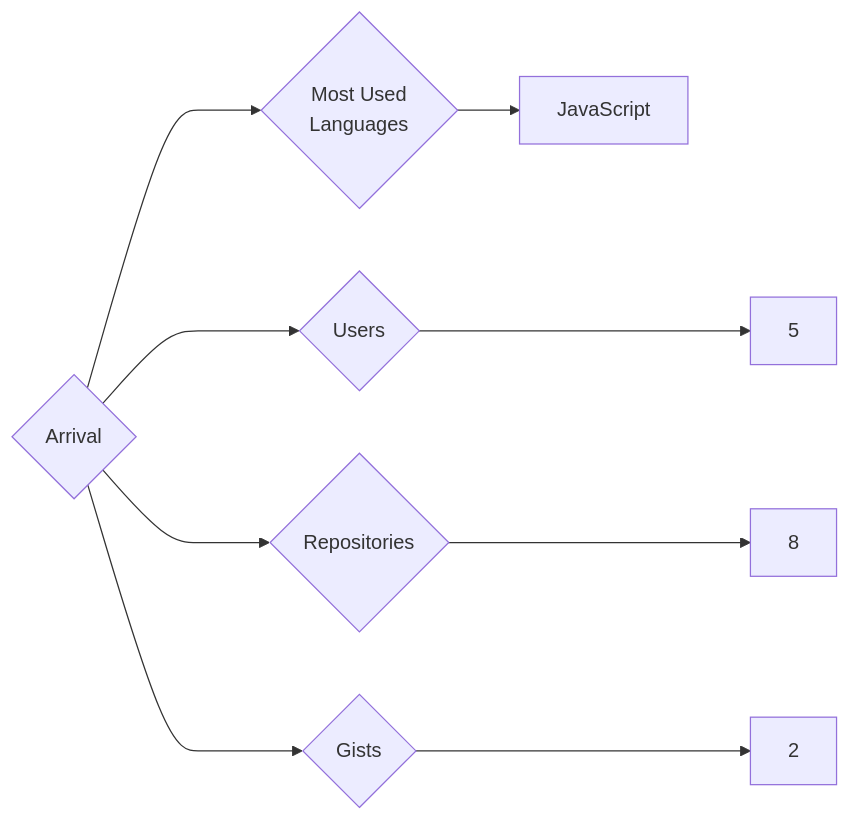
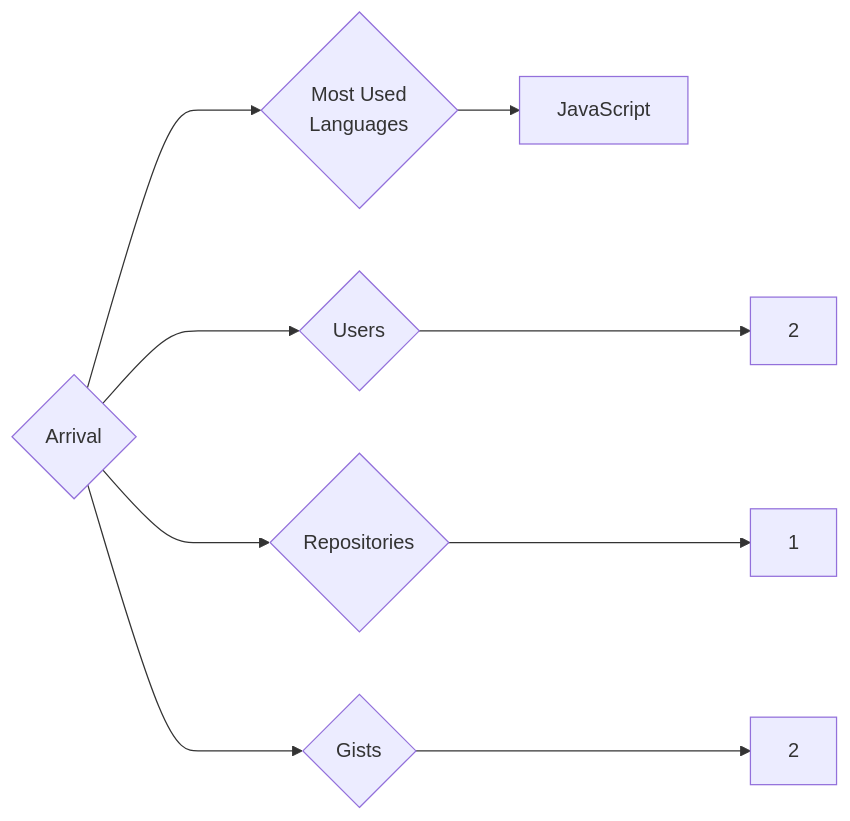
One commit to trickest/insiders changed the diagram in targets/Arrival/README.md. Above: the diagram before and after it, drawn with Mermaid. The commit also changed 969 other files, not shown here.

````diff
--- a/targets/Arrival/README.md
+++ b/targets/Arrival/README.md
@@ -3,9 +3,9 @@
 ```mermaid
 graph LR
 COMPANY_NAME{Arrival}
-COMPANY_NAME ---> U{Users} ---> UN[5]
-COMPANY_NAME ---> R{Repositories} ---> RN[8]
+COMPANY_NAME ---> U{Users} ---> UN[2]
+COMPANY_NAME ---> R{Repositories} ---> RN[1]
 COMPANY_NAME ---> G{Gists} ---> GN[2]
 COMPANY_NAME ---> ML{Most Used<br>Languages}
 ML --> JavaScript[JavaScript]
 ```
````
